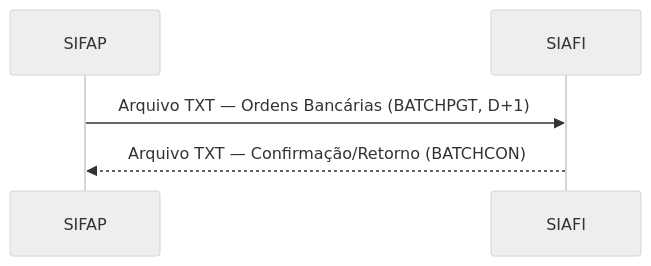
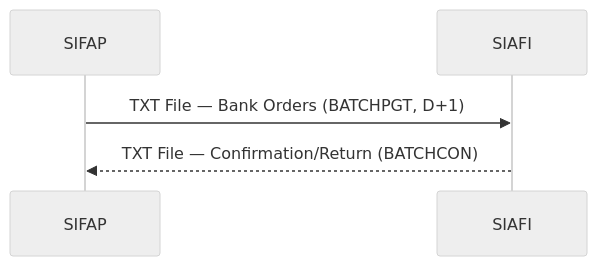
Before and after one commit to paulasilvatech/datacorp-mm-team-kit: the fourth of 6 diagrams in 01-arqueologia/legado-sifap/legacy-docs/ARQUITETURA-ORIGINAL-1997.md, drawn with Mermaid. The commit also changed other lines of this file and 169 other files, not shown here.

````diff
--- a/01-arqueologia/legado-sifap/legacy-docs/ARQUITETURA-ORIGINAL-1997.md
+++ b/01-arqueologia/legado-sifap/legacy-docs/ARQUITETURA-ORIGINAL-1997.md
@@ -318,9 +318,9 @@
 ```mermaid
 %%{init: {'theme':'neutral','themeVariables':{'fontFamily':'ui-sans-serif, system-ui, sans-serif','primaryColor':'#F5F5F5','primaryTextColor':'#171717','primaryBorderColor':'#171717','lineColor':'#525252','secondaryColor':'#FFFFFF','tertiaryColor':'#FAFAFA','background':'#FFFFFF'}}}%%
 sequenceDiagram
     participant SIFAP
     participant SIAFI
 
-    SIFAP->>SIAFI: Arquivo TXT — Ordens Bancárias (BATCHPGT, D+1)
-    SIAFI-->>SIFAP: Arquivo TXT — Confirmação/Retorno (BATCHCON)
+    SIFAP->>SIAFI: TXT File — Bank Orders (BATCHPGT, D+1)
+    SIAFI-->>SIFAP: TXT File — Confirmation/Return (BATCHCON)
 ```
````
